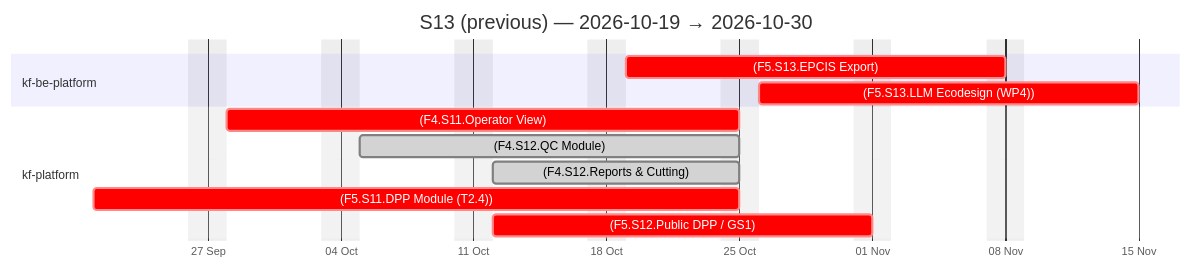
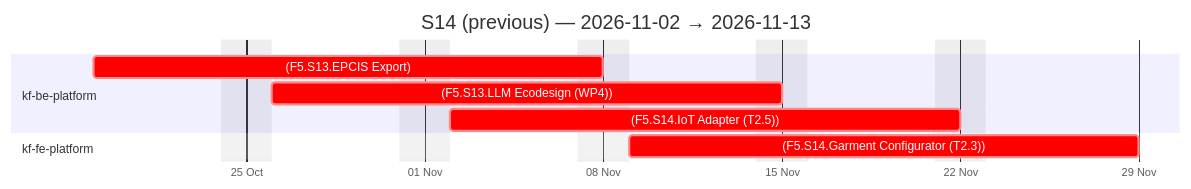
One commit to Katty-Fashion/kf-cpto changed the second of 4 diagrams in docs/agile-sprints.md. Above: the diagram before and after it, drawn with Mermaid. The commit also changed other lines of this file and 16 other files, not shown here.

````diff
--- a/docs/agile-sprints.md
+++ b/docs/agile-sprints.md
@@ -51,17 +51,14 @@
 ```mermaid
 gantt
-    title S13 (previous) — 2026-10-19 → 2026-10-30
+    title S14 (previous) — 2026-11-02 → 2026-11-13
     dateFormat YYYY-MM-DD
     axisFormat %d %b
     excludes weekends
 
     section kf-be-platform
     (F5.S13.EPCIS Export) :crit, 2026-10-19, 2026-11-08
     (F5.S13.LLM Ecodesign (WP4)) :crit, 2026-10-26, 2026-11-15
-    section kf-platform
-    (F4.S11.Operator View) :crit, 2026-09-28, 2026-10-25
-    (F4.S12.QC Module) :done, 2026-10-05, 2026-10-25
-    (F4.S12.Reports & Cutting) :done, 2026-10-12, 2026-10-25
-    (F5.S11.DPP Module (T2.4)) :crit, 2026-09-21, 2026-10-25
-    (F5.S12.Public DPP / GS1) :crit, 2026-10-12, 2026-11-01
+    (F5.S14.IoT Adapter (T2.5)) :crit, 2026-11-02, 2026-11-22
+    section kf-fe-platform
+    (F5.S14.Garment Configurator (T2.3)) :crit, 2026-11-09, 2026-11-29
 ```
````
